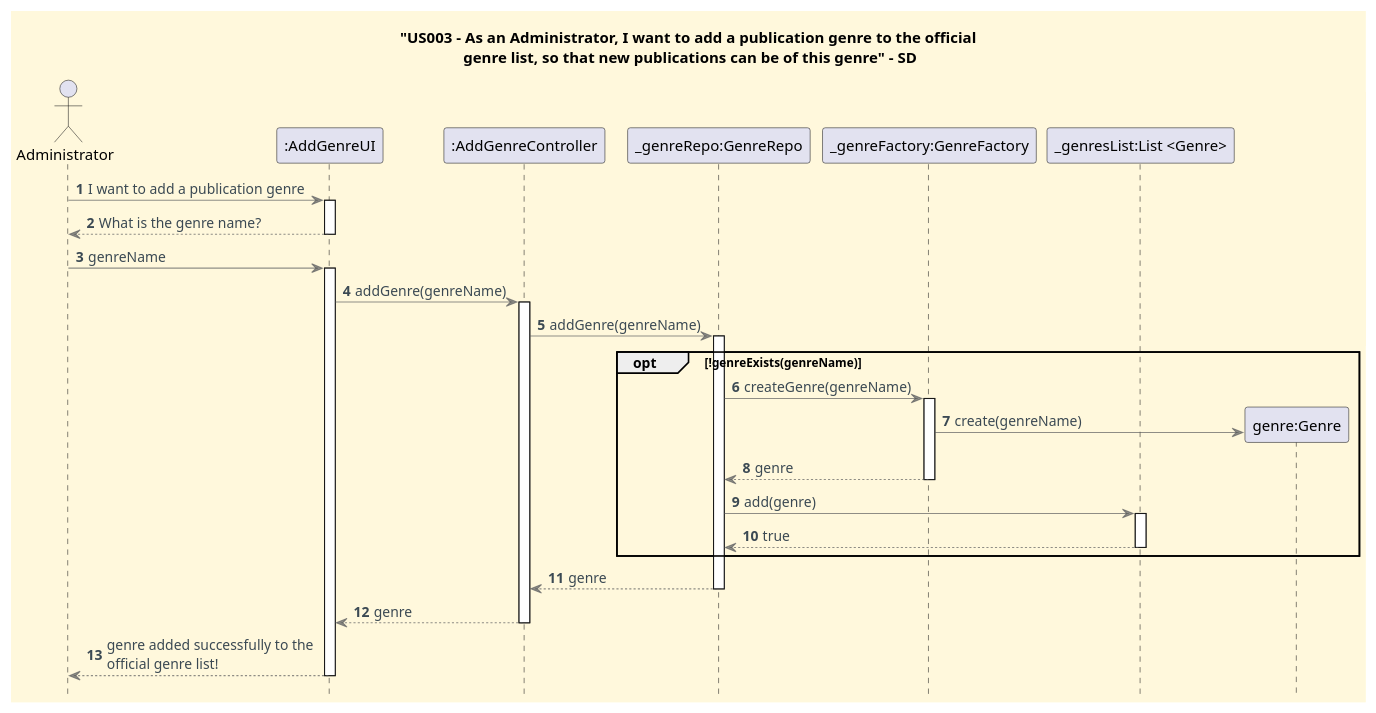
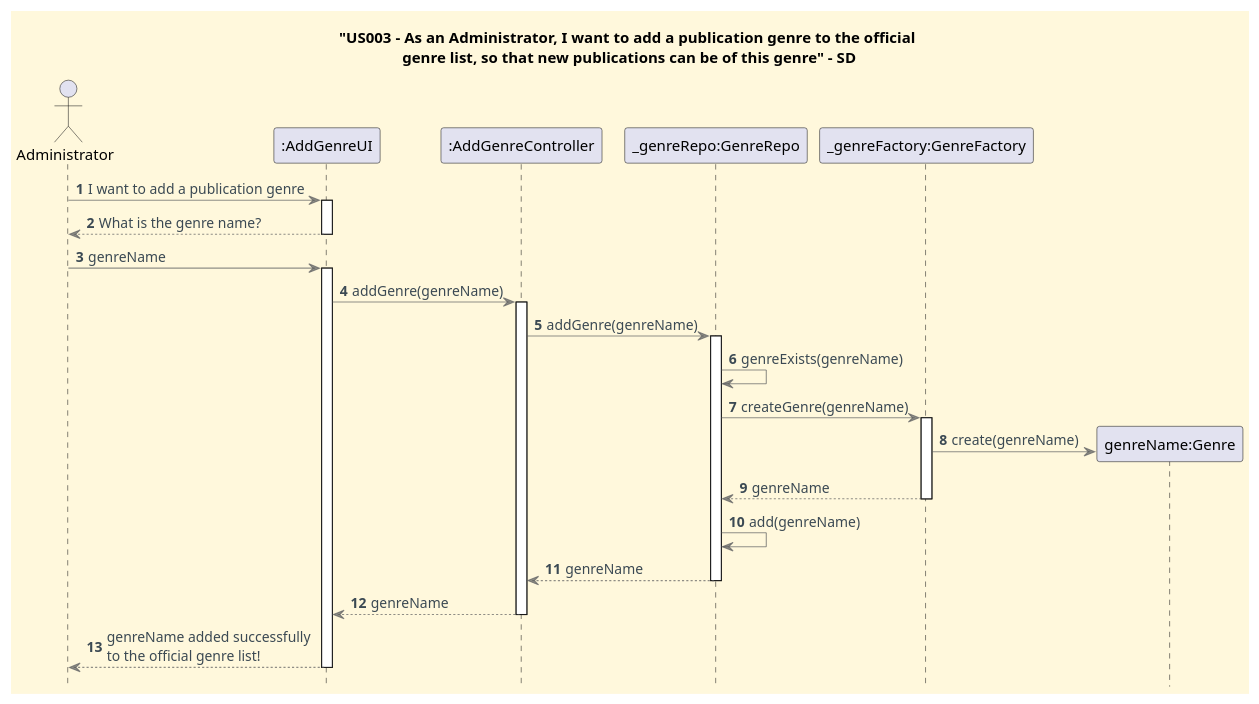
The diagram in docs/userStories/US003/US003_add_genre_SD.puml (CarolinaLeite-collab/JavaMarketplacePlatform), drawn with PlantUML before and after one commit.

Commit message:
docs: removes opt fragment and _genresList as participant, ref #273

```diff
--- a/docs/userStories/US003/US003_add_genre_SD.puml
+++ b/docs/userStories/US003/US003_add_genre_SD.puml
@@ -1,62 +1,59 @@
 @startuml
 
 title "US003 - As an Administrator, I want to add a publication genre to the official \ngenre list, so that new publications can be of this genre" - SD
 
 '==== basic style ====
 skinparam monochrome false
 skinparam shadowing false
 skinparam defaultFontName Futura
 skinparam objectFontSize 20
 skinparam backgroundColor CornSilk
 skinparam objectBackgroundColor WhiteSmoke
 skinparam noteBackgroundColor #FFFFE0
 skinparam ArrowFontColor #3B4953
 skinparam ArrowColor #57595BAA
 skinparam ActivationBackgroundColor WhiteSmoke
 hide footbox
 
 autonumber
 
 actor Administrator
 participant ":AddGenreUI" as UI
 participant ":AddGenreController" as Ctl
 participant "_genreRepo:GenreRepo" as gr
 participant "_genreFactory:GenreFactory" as gf
-participant "_genresList:List <Genre>" as list
 
 Administrator -> UI: I want to add a publication genre
 activate UI
 UI --> Administrator: What is the genre name?
 deactivate UI
 Administrator -> UI: genreName
 activate UI
 
 UI -> Ctl: addGenre(genreName)
 activate Ctl
 Ctl -> gr: addGenre(genreName)
 activate gr
 
-opt !genreExists(genreName)
+gr -> gr : genreExists(genreName)
         gr -> gf : createGenre(genreName)
         activate gf
-        create "genre:Genre"
-        gf -> "genre:Genre": create(genreName)
-        gf --> gr : genre
+        create "genreName:Genre"
+        gf -> "genreName:Genre": create(genreName)
+        gf --> gr : genreName
         deactivate gf
-        gr -> list: add(genre)
-        activate list
-        list --> gr: true
-        deactivate list
-    end
+        gr -> gr: add(genreName)
 
 
-gr --> Ctl: genre
+
+
+gr --> Ctl: genreName
 deactivate gr
 
-Ctl --> UI: genre
+Ctl --> UI: genreName
 deactivate Ctl
 
-UI --> Administrator: genre added successfully to the \nofficial genre list!
+UI --> Administrator: genreName added successfully \nto the official genre list!
 deactivate UI
 
 @enduml
```
